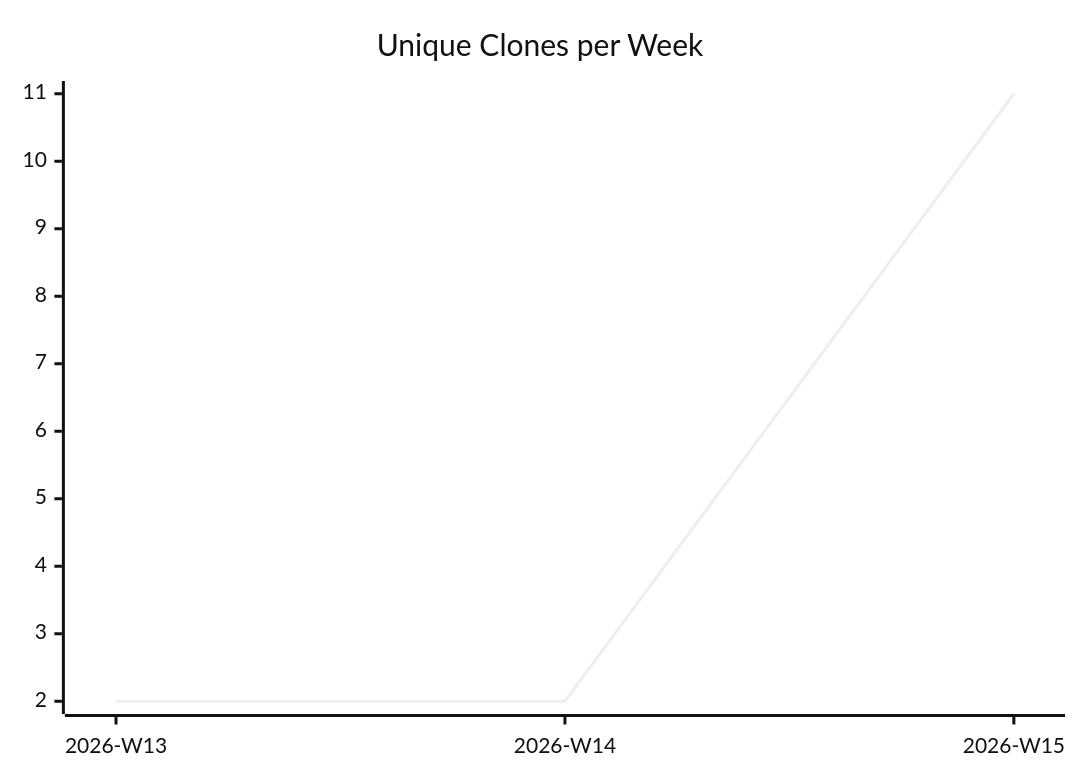
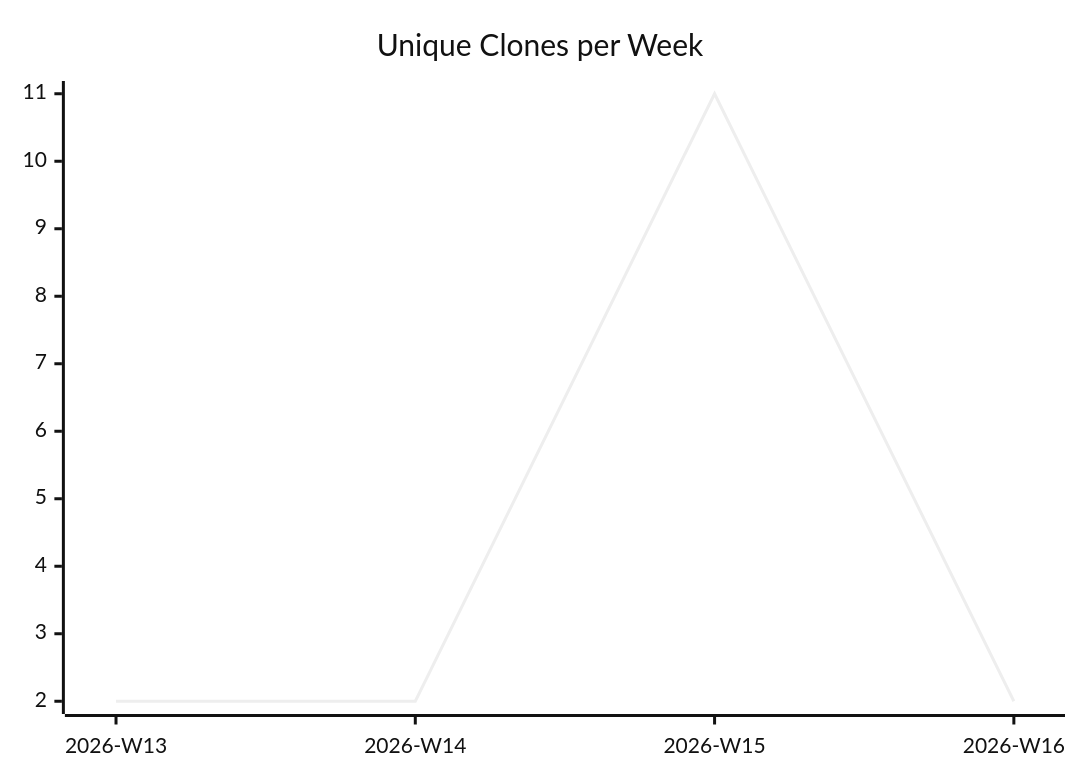
Before and after one commit to justdavis-family/github-analytics-data: the third of 3 diagrams in karlmdavis/jessentials/README.md, drawn with Mermaid (neutral theme). The commit also changed other lines of this file and 176 other files, not shown here.

````diff
--- a/karlmdavis/jessentials/README.md
+++ b/karlmdavis/jessentials/README.md
@@ -19,6 +19,6 @@
 ```mermaid
 xychart-beta
   title "Unique Clones per Week"
-  x-axis ["2026-W13", "2026-W14", "2026-W15"]
-  line [2, 2, 11]
+  x-axis ["2026-W13", "2026-W14", "2026-W15", "2026-W16"]
+  line [2, 2, 11, 2]
 ```
````
